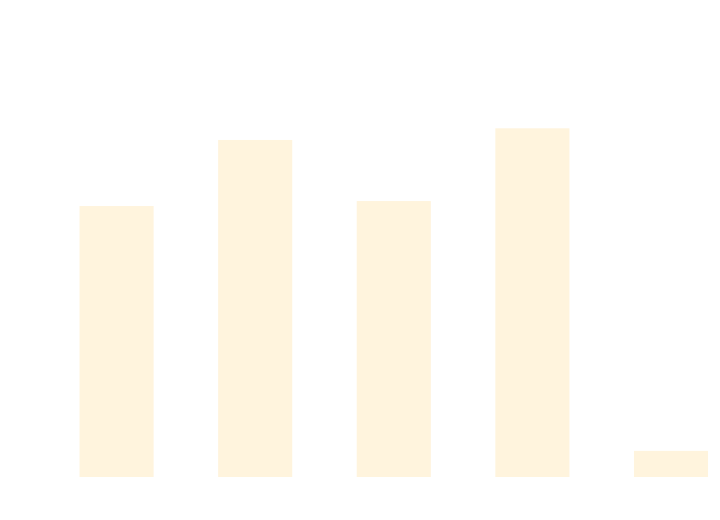
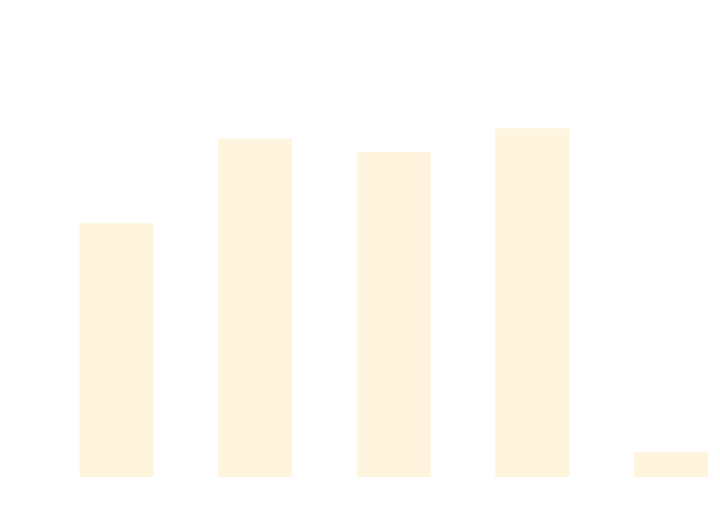
The diagram in docs/docs/benchmarks/ScaleTests.md (thomhurst/TUnit), drawn with Mermaid before and after one commit. The commit also changed other lines of this file and 17 other files, not shown here.

````diff
--- a/docs/docs/benchmarks/ScaleTests.md
+++ b/docs/docs/benchmarks/ScaleTests.md
@@ -27,37 +27,37 @@
 ```mermaid
 %%{init: {
   'theme':'base',
   'themeVariables': {
     'primaryColor': '#2563eb',
     'primaryTextColor': '#ffffff',
     'primaryBorderColor': '#1e40af',
     'lineColor': '#6b7280',
     'secondaryColor': '#7c3aed',
     'tertiaryColor': '#dc2626',
     'background': '#ffffff',
     'mainBkg': '#2563eb',
     'secondBkg': '#7c3aed',
     'tertiaryBkg': '#dc2626',
     'clusterBkg': '#f3f4f6',
     'edgeLabelBackground': '#ffffff',
     'tertiaryTextColor': '#1f2937',
     'pie1': '#2563eb',
     'pie2': '#7c3aed',
     'pie3': '#dc2626',
     'pie4': '#f59e0b',
     'pie5': '#10b981',
     'pie6': '#06b6d4',
     'pie7': '#ec4899',
     'pie8': '#6366f1',
     'pie9': '#84cc16',
     'pie10': '#f97316',
     'pie11': '#14b8a6',
     'pie12': '#a855f7'
   }
 }}%%
 xychart-beta
   title "ScaleTests Performance Comparison"
   x-axis ["TUnit", "NUnit", "MSTest", "xUnit3", "TUnit_AOT"]
-  y-axis "Time (ms)" 0 --> 709
-  bar [455.85, 570.39, 464.49, 590.61, 31.44]
+  y-axis "Time (ms)" 0 --> 760
+  bar [456.79, 613.75, 589.52, 633.09, 31.64]
 ```
````
